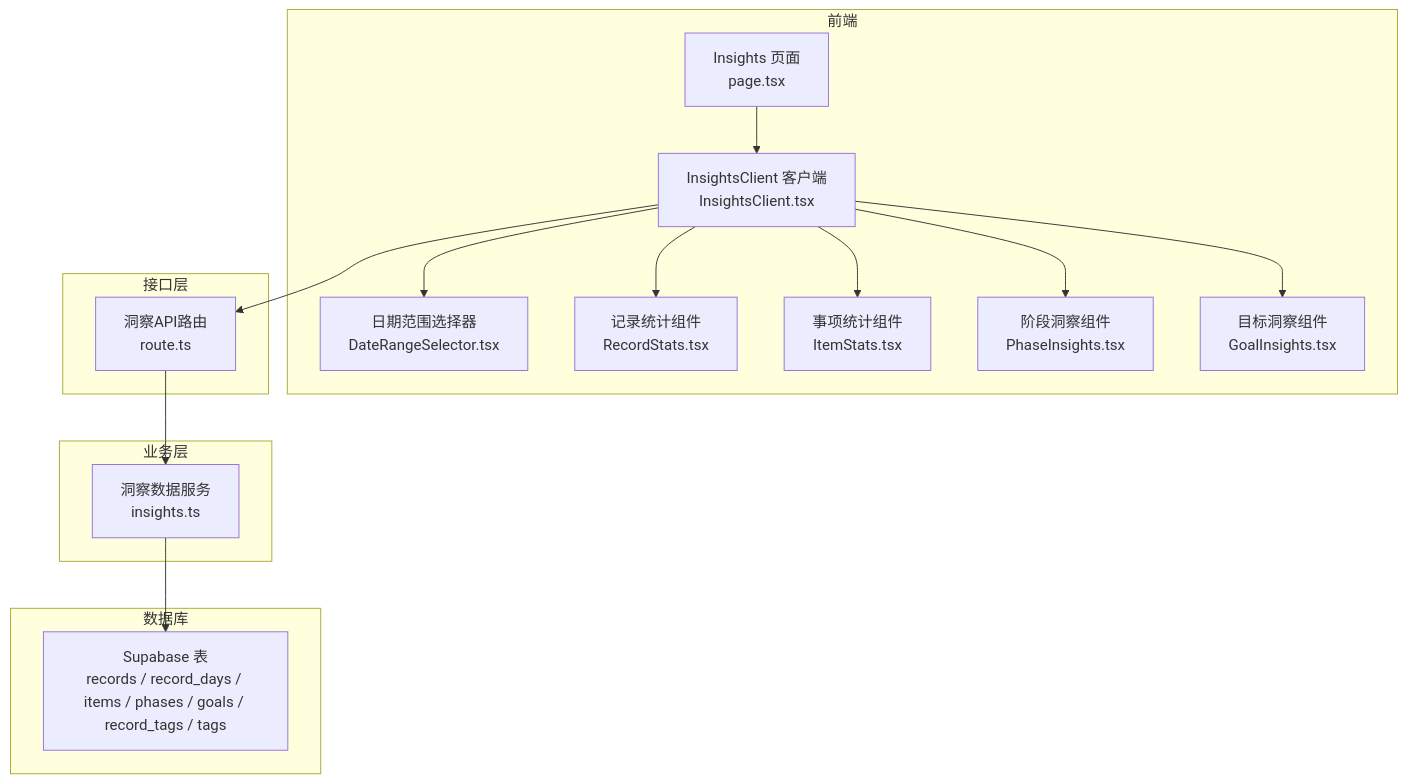
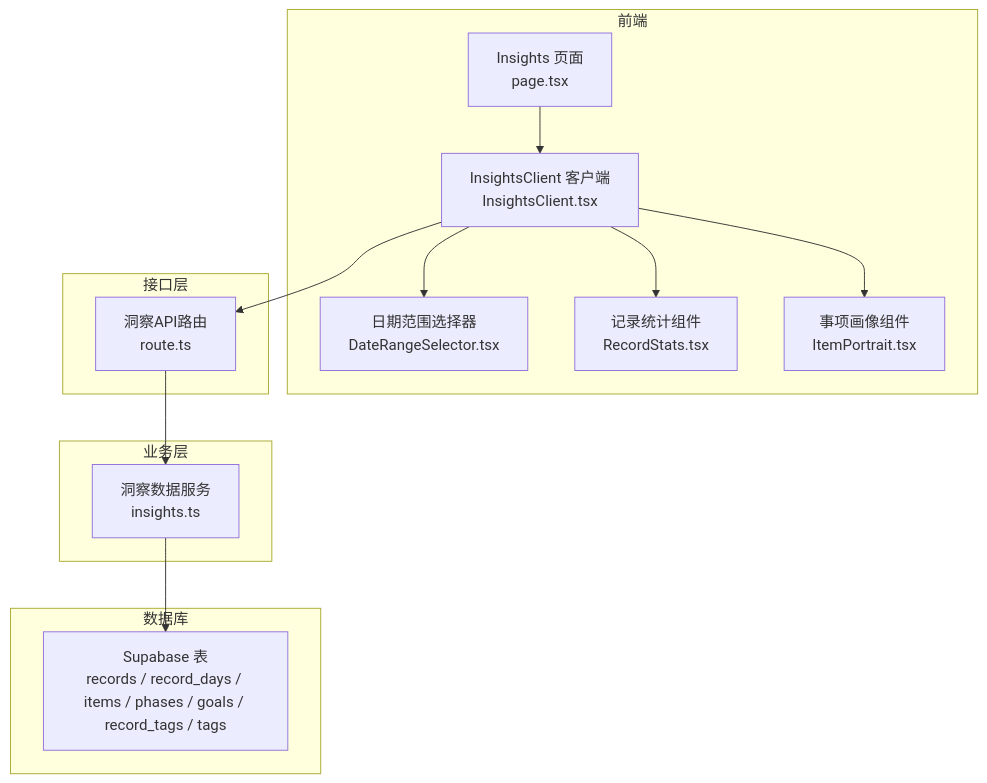
One commit to bbong1234/TETO changed the first of 6 diagrams in .qoder/repowiki/zh/content/API接口文档/洞察API.md. Above: the diagram before and after it, drawn with Mermaid. The commit also changed other lines of this file and 352 other files, not shown here.

````diff
--- a/.qoder/repowiki/zh/content/API接口文档/洞察API.md
+++ b/.qoder/repowiki/zh/content/API接口文档/洞察API.md
@@ -38,30 +43,26 @@
 ```mermaid
 graph TB
 subgraph "前端"
 Page["Insights 页面<br/>page.tsx"]
 Client["InsightsClient 客户端<br/>InsightsClient.tsx"]
 DRS["日期范围选择器<br/>DateRangeSelector.tsx"]
 RS["记录统计组件<br/>RecordStats.tsx"]
-IS["事项统计组件<br/>ItemStats.tsx"]
-PS["阶段洞察组件<br/>PhaseInsights.tsx"]
-GS["目标洞察组件<br/>GoalInsights.tsx"]
+IP["事项画像组件<br/>ItemPortrait.tsx"]
 end
 subgraph "接口层"
 API["洞察API路由<br/>route.ts"]
 end
 subgraph "业务层"
 DB["洞察数据服务<br/>insights.ts"]
 end
 subgraph "数据库"
 SUPA["Supabase 表<br/>records / record_days / items / phases / goals / record_tags / tags"]
 end
 Page --> Client
 Client --> DRS
 Client --> API
 API --> DB
 DB --> SUPA
 Client --> RS
-Client --> IS
-Client --> PS
-Client --> GS
+Client --> IP
 ```
````
